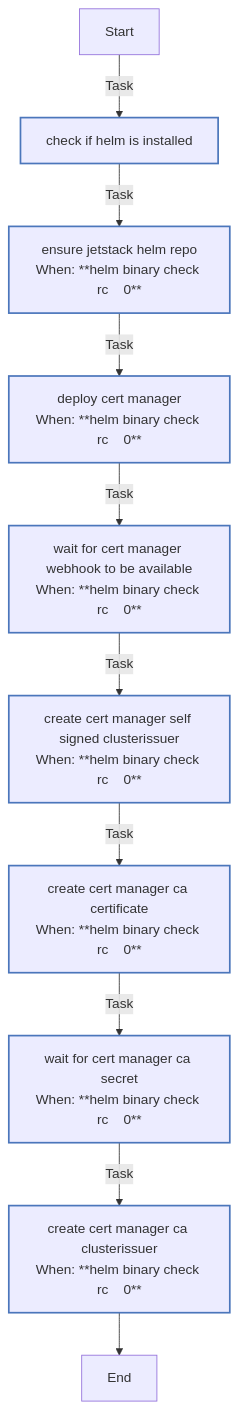
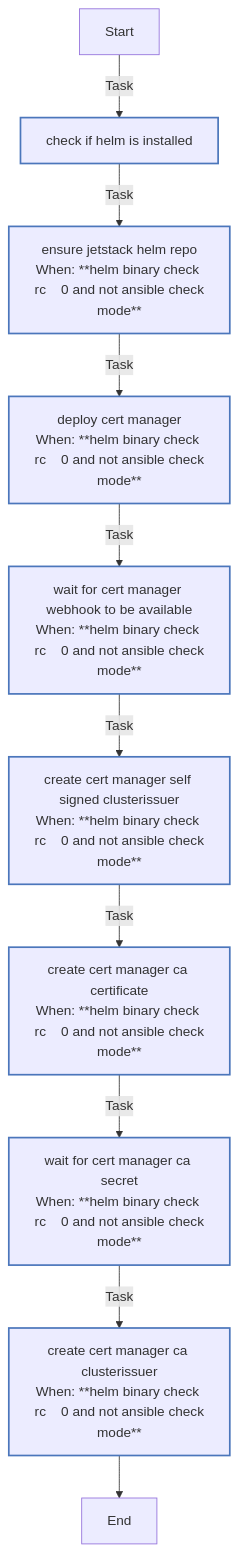
One commit to rou-cru/k3s-homelab changed the diagram in roles/cert_manager/README.md. Above: the diagram before and after it, drawn with Mermaid. The commit also changed other lines of this file and 57 other files, not shown here.

````diff
--- a/roles/cert_manager/README.md
+++ b/roles/cert_manager/README.md
@@ -78,22 +81,22 @@
 ```mermaid
 flowchart TD
 Start
 classDef block stroke:#3498db,stroke-width:2px;
 classDef task stroke:#4b76bb,stroke-width:2px;
 classDef includeTasks stroke:#16a085,stroke-width:2px;
 classDef importTasks stroke:#34495e,stroke-width:2px;
 classDef includeRole stroke:#2980b9,stroke-width:2px;
 classDef importRole stroke:#699ba7,stroke-width:2px;
 classDef includeVars stroke:#8e44ad,stroke-width:2px;
 classDef rescue stroke:#665352,stroke-width:2px;
 
   Start-->|Task| Check_if_Helm_is_installed0[check if helm is installed]:::task
-  Check_if_Helm_is_installed0-->|Task| Ensure_Jetstack_Helm_repo1[ensure jetstack helm repo<br>When: **helm binary check rc    0**]:::task
-  Ensure_Jetstack_Helm_repo1-->|Task| Deploy_cert_manager2[deploy cert manager<br>When: **helm binary check rc    0**]:::task
-  Deploy_cert_manager2-->|Task| Wait_for_cert_manager_webhook_to_be_available3[wait for cert manager webhook to be available<br>When: **helm binary check rc    0**]:::task
-  Wait_for_cert_manager_webhook_to_be_available3-->|Task| Create_cert_manager_self_signed_ClusterIssuer4[create cert manager self signed clusterissuer<br>When: **helm binary check rc    0**]:::task
-  Create_cert_manager_self_signed_ClusterIssuer4-->|Task| Create_cert_manager_CA_certificate5[create cert manager ca certificate<br>When: **helm binary check rc    0**]:::task
-  Create_cert_manager_CA_certificate5-->|Task| Wait_for_cert_manager_CA_secret6[wait for cert manager ca secret<br>When: **helm binary check rc    0**]:::task
-  Wait_for_cert_manager_CA_secret6-->|Task| Create_cert_manager_CA_ClusterIssuer7[create cert manager ca clusterissuer<br>When: **helm binary check rc    0**]:::task
+  Check_if_Helm_is_installed0-->|Task| Ensure_Jetstack_Helm_repo1[ensure jetstack helm repo<br>When: **helm binary check rc    0 and not ansible check<br>mode**]:::task
+  Ensure_Jetstack_Helm_repo1-->|Task| Deploy_cert_manager2[deploy cert manager<br>When: **helm binary check rc    0 and not ansible check<br>mode**]:::task
+  Deploy_cert_manager2-->|Task| Wait_for_cert_manager_webhook_to_be_available3[wait for cert manager webhook to be available<br>When: **helm binary check rc    0 and not ansible check<br>mode**]:::task
+  Wait_for_cert_manager_webhook_to_be_available3-->|Task| Create_cert_manager_self_signed_ClusterIssuer4[create cert manager self signed clusterissuer<br>When: **helm binary check rc    0 and not ansible check<br>mode**]:::task
+  Create_cert_manager_self_signed_ClusterIssuer4-->|Task| Create_cert_manager_CA_certificate5[create cert manager ca certificate<br>When: **helm binary check rc    0 and not ansible check<br>mode**]:::task
+  Create_cert_manager_CA_certificate5-->|Task| Wait_for_cert_manager_CA_secret6[wait for cert manager ca secret<br>When: **helm binary check rc    0 and not ansible check<br>mode**]:::task
+  Wait_for_cert_manager_CA_secret6-->|Task| Create_cert_manager_CA_ClusterIssuer7[create cert manager ca clusterissuer<br>When: **helm binary check rc    0 and not ansible check<br>mode**]:::task
   Create_cert_manager_CA_ClusterIssuer7-->End
 ```
````
